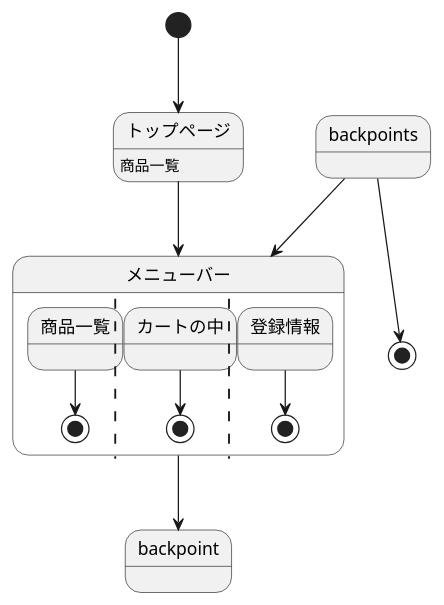
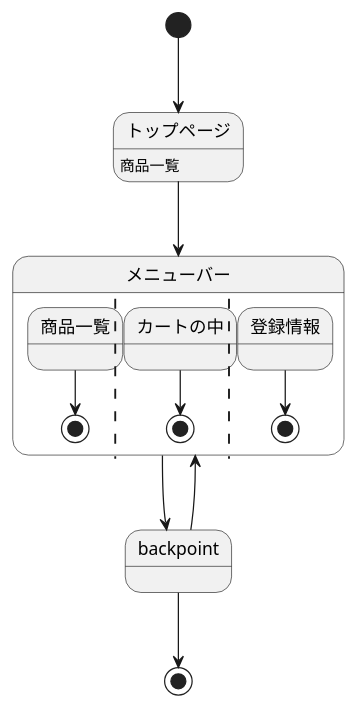
The diagram in sample/StateMachine.md (Aso2001385/2021sys-design), drawn with PlantUML before and after one commit.

````diff
--- a/sample/StateMachine.md
+++ b/sample/StateMachine.md
@@ -1,19 +1,19 @@
 ```uml
 @startuml
 
 [*] --> トップページ
 トップページ: 商品一覧
 トップページ --> メニューバー
 state メニューバー {
  商品一覧 --> [*]
  ||
  カートの中 --> [*]
  ||
  登録情報 --> [*]
 }
 メニューバー --> backpoint
-backpoints --> メニューバー
-backpoints --> [*]
+backpoint --> メニューバー
+backpoint --> [*]
 
 @enduml
 ```
````
